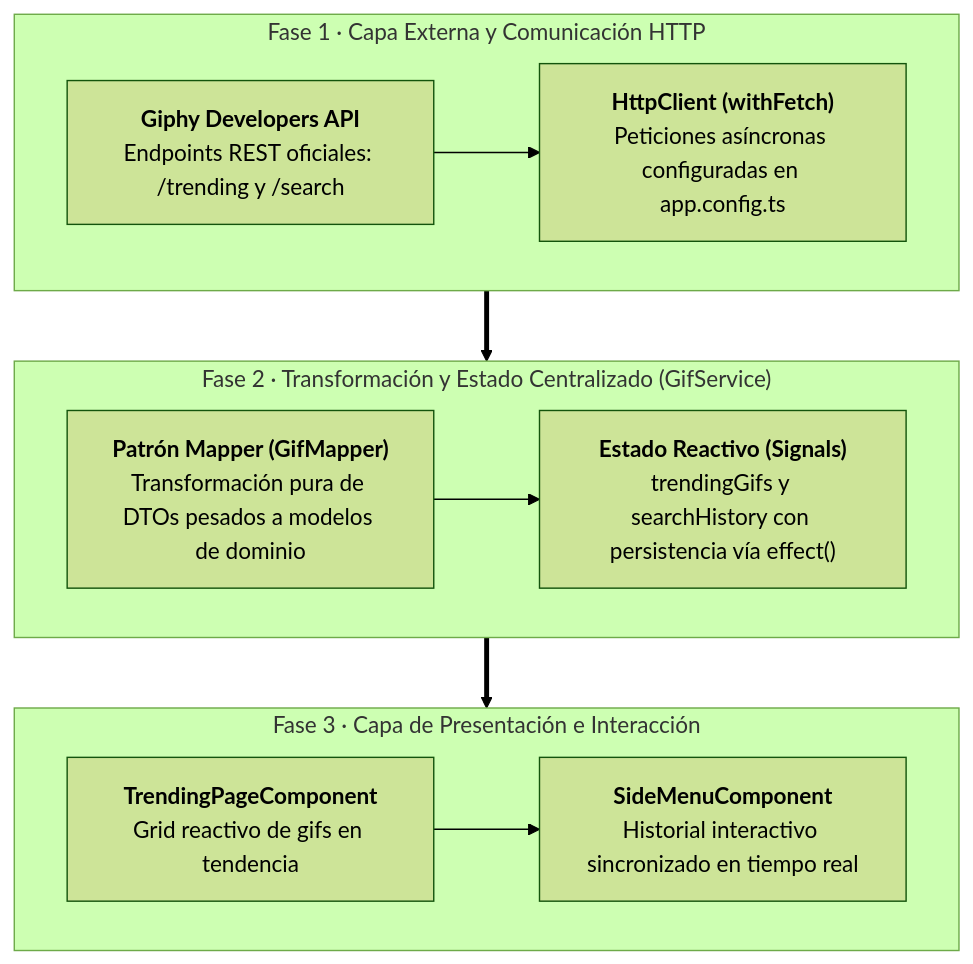
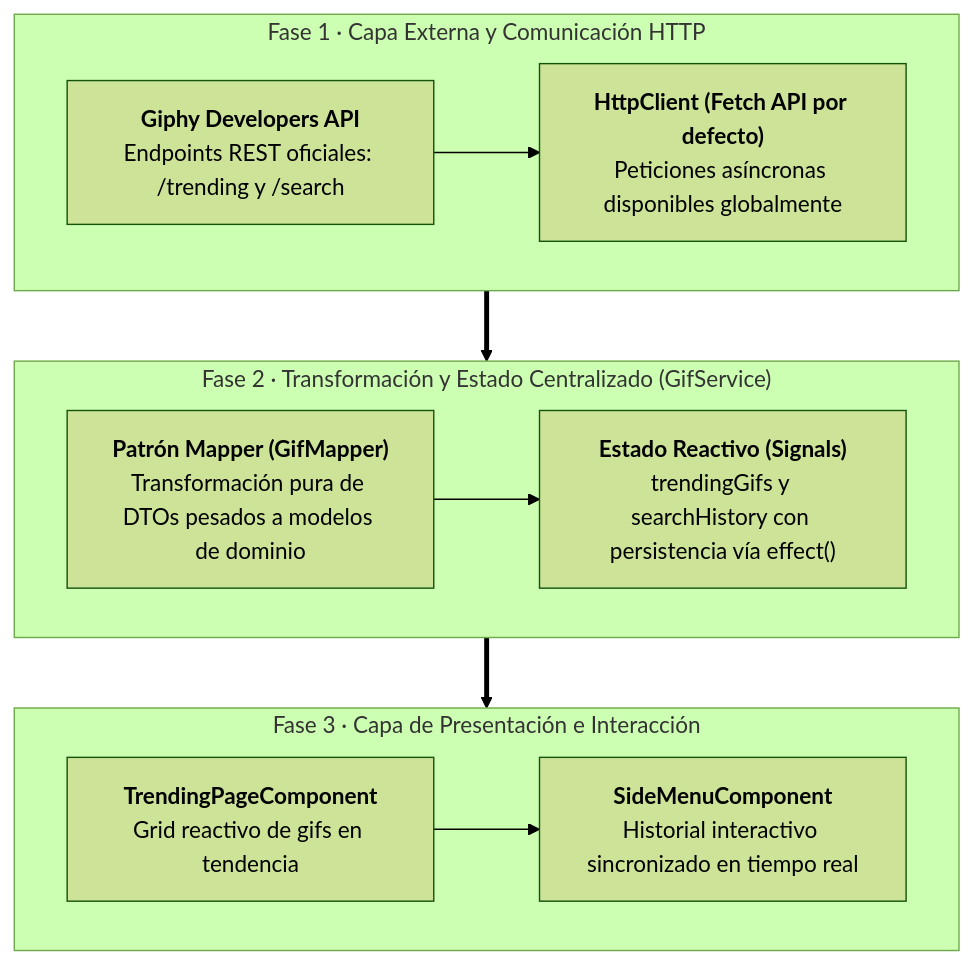
The first of 6 diagrams in docs/07-gifs-servicio-http.md (Jose-Quesada/materiales_angular), drawn with Mermaid (forest theme) before and after one commit. The commit also changed other lines of this file and 53 other files, not shown here.

````diff
--- a/docs/07-gifs-servicio-http.md
+++ b/docs/07-gifs-servicio-http.md
@@ -19,16 +19,16 @@
 ``` mermaid
 flowchart TD
     subgraph CapaAPI ["Fase 1 · Capa Externa y Comunicación HTTP"]
-        API["<b>Giphy Developers API</b><br/>Endpoints REST oficiales: /trending y /search"] --> HTTP["<b>HttpClient (withFetch)</b><br/>Peticiones asíncronas configuradas en app.config.ts"]
+        API["<b>Giphy Developers API</b><br/>Endpoints REST oficiales: /trending y /search"] --> HTTP["<b>HttpClient (Fetch API por defecto)</b><br/>Peticiones asíncronas disponibles globalmente"]
     end
 
     subgraph CapaDominio ["Fase 2 · Transformación y Estado Centralizado (GifService)"]
         Mapper["<b>Patrón Mapper (GifMapper)</b><br/>Transformación pura de DTOs pesados a modelos de dominio"] --> State["<b>Estado Reactivo (Signals)</b><br/>trendingGifs y searchHistory con persistencia vía effect()"]
     end
 
     subgraph CapaUI ["Fase 3 · Capa de Presentación e Interacción"]
         Trending["<b>TrendingPageComponent</b><br/>Grid reactivo de gifs en tendencia"] --> Side["<b>SideMenuComponent</b><br/>Historial interactivo sincronizado en tiempo real"]
     end
 
     CapaAPI ==> CapaDominio ==> CapaUI
 ```
````
